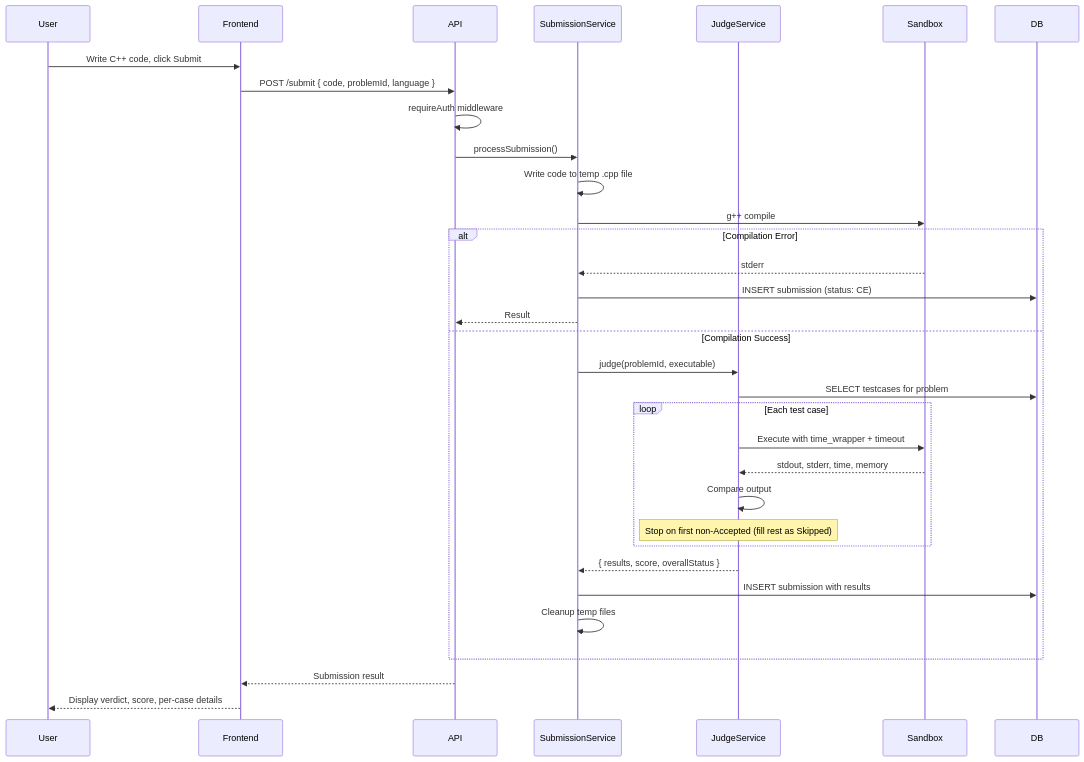
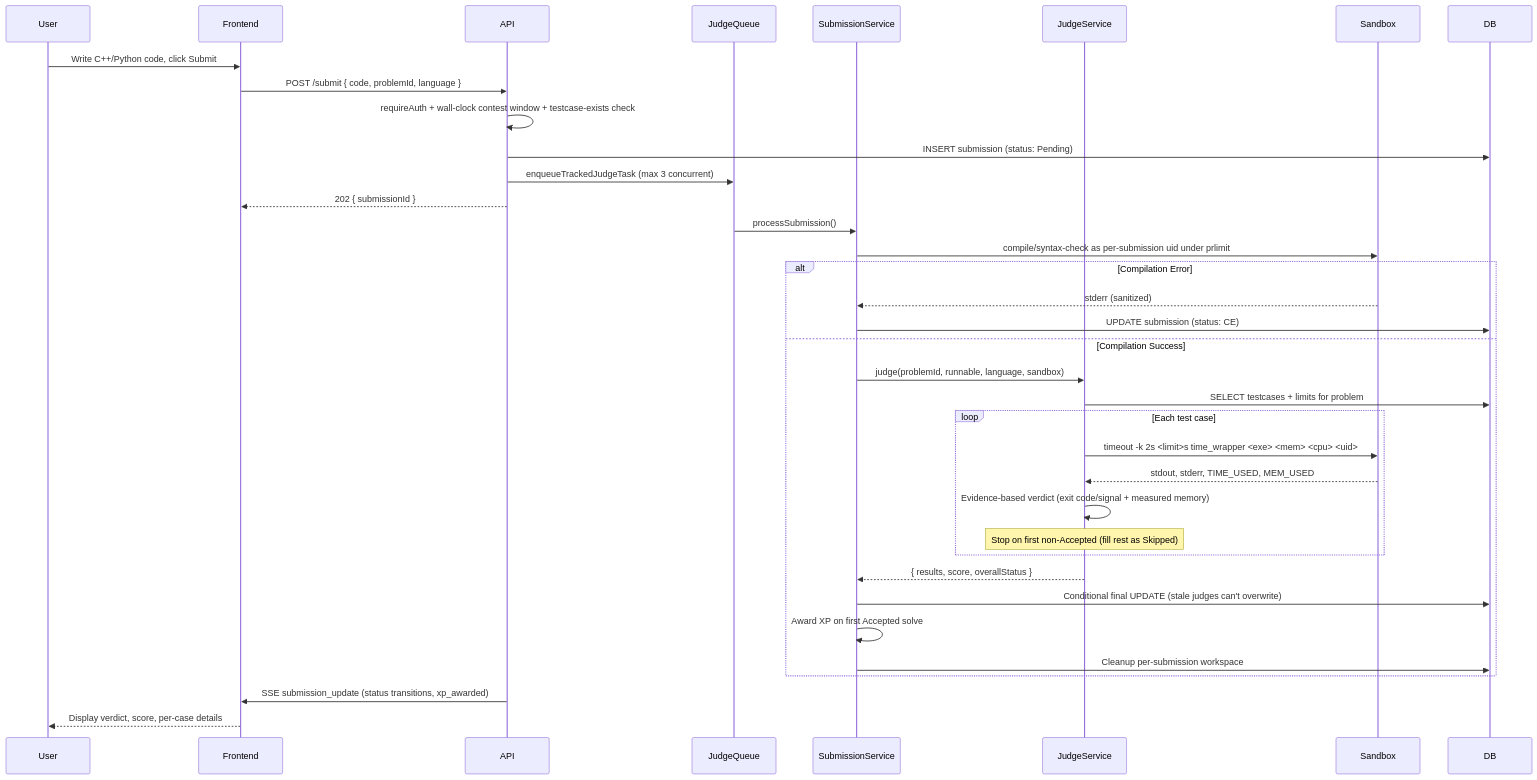
One commit to Nonbangkok/OJ changed the third of 5 diagrams in .context/ARCHITECTURE.md. Above: the diagram before and after it, drawn with Mermaid. The commit also changed other lines of this file and 15 other files, not shown here.

````diff
--- a/.context/ARCHITECTURE.md
+++ b/.context/ARCHITECTURE.md
@@ -271,36 +319,39 @@
 ```mermaid
 sequenceDiagram
     participant User
     participant Frontend
     participant API
+    participant JudgeQueue
     participant SubmissionService
     participant JudgeService
     participant Sandbox
     participant DB
 
-    User->>Frontend: Write C++ code, click Submit
+    User->>Frontend: Write C++/Python code, click Submit
     Frontend->>API: POST /submit { code, problemId, language }
-    API->>API: requireAuth middleware
-    API->>SubmissionService: processSubmission()
-    SubmissionService->>SubmissionService: Write code to temp .cpp file
-    SubmissionService->>Sandbox: g++ compile
+    API->>API: requireAuth + wall-clock contest window + testcase-exists check
+    API->>DB: INSERT submission (status: Pending)
+    API->>JudgeQueue: enqueueTrackedJudgeTask (max 3 concurrent)
+    API-->>Frontend: 202 { submissionId }
+    JudgeQueue->>SubmissionService: processSubmission()
+    SubmissionService->>Sandbox: compile/syntax-check as per-submission uid under prlimit
     alt Compilation Error
-        Sandbox-->>SubmissionService: stderr
-        SubmissionService->>DB: INSERT submission (status: CE)
-        SubmissionService-->>API: Result
+        Sandbox-->>SubmissionService: stderr (sanitized)
+        SubmissionService->>DB: UPDATE submission (status: CE)
     else Compilation Success
-        SubmissionService->>JudgeService: judge(problemId, executable)
-        JudgeService->>DB: SELECT testcases for problem
+        SubmissionService->>JudgeService: judge(problemId, runnable, language, sandbox)
+        JudgeService->>DB: SELECT testcases + limits for problem
         loop Each test case
-            JudgeService->>Sandbox: Execute with time_wrapper + timeout
-            Sandbox-->>JudgeService: stdout, stderr, time, memory
-            JudgeService->>JudgeService: Compare output
+            JudgeService->>Sandbox: timeout -k 2s <limit>s time_wrapper <exe> <mem> <cpu> <uid>
+            Sandbox-->>JudgeService: stdout, stderr, TIME_USED, MEM_USED
+            JudgeService->>JudgeService: Evidence-based verdict (exit code/signal + measured memory)
             Note over JudgeService: Stop on first non-Accepted (fill rest as Skipped)
         end
         JudgeService-->>SubmissionService: { results, score, overallStatus }
-        SubmissionService->>DB: INSERT submission with results
-        SubmissionService->>SubmissionService: Cleanup temp files
+        SubmissionService->>DB: Conditional final UPDATE (stale judges can't overwrite)
+        SubmissionService->>SubmissionService: Award XP on first Accepted solve
+        SubmissionService->>DB: Cleanup per-submission workspace
     end
-    API-->>Frontend: Submission result
+    API->>Frontend: SSE submission_update (status transitions, xp_awarded)
     Frontend-->>User: Display verdict, score, per-case details
 ```
````
